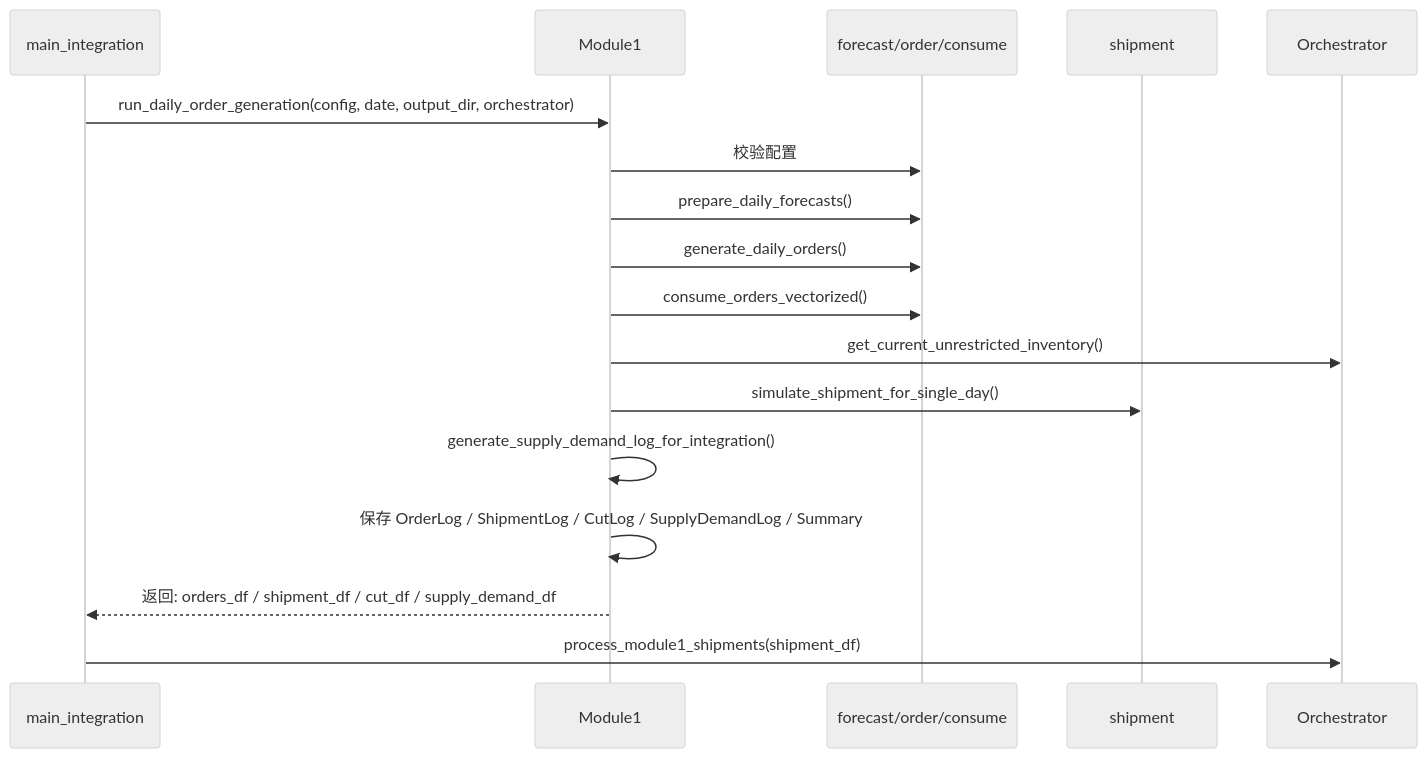
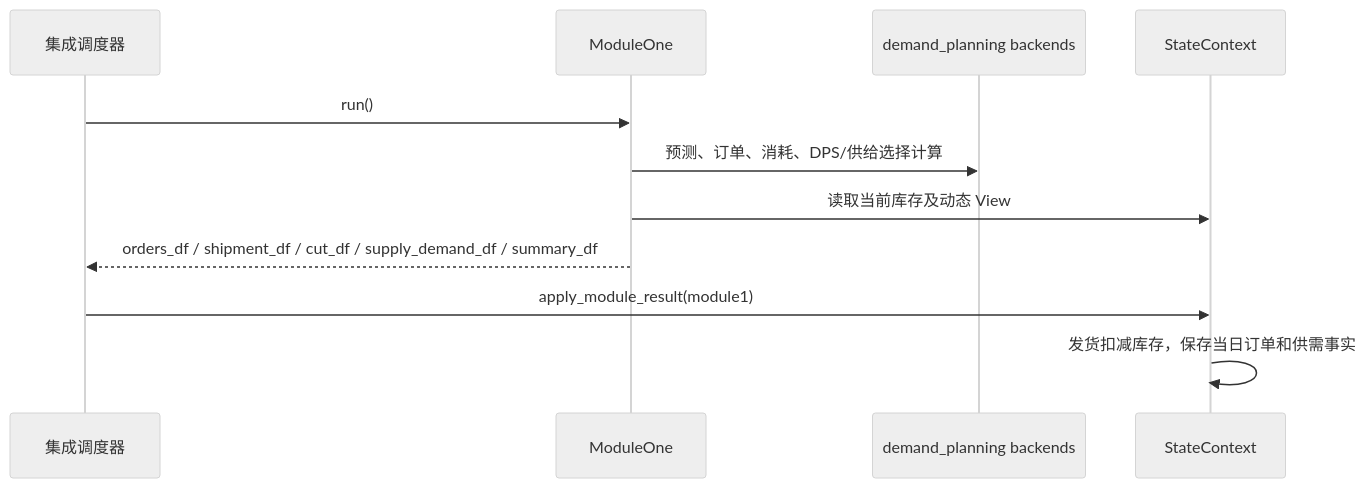
One commit to senzhang-ps/chainsight changed the fourth of 9 diagrams in docs/architecture/module_sequence_diagrams.md. Above: the diagram before and after it, drawn with Mermaid (neutral theme). The commit also changed other lines of this file and 14 other files, not shown here.

````diff
--- a/docs/architecture/module_sequence_diagrams.md
+++ b/docs/architecture/module_sequence_diagrams.md
@@ -134,20 +145,14 @@
 ```mermaid
 sequenceDiagram
-    participant MAIN as main_integration
-    participant M1 as Module1
-    participant FORE as forecast/order/consume
-    participant SHIP as shipment
-    participant ORC as Orchestrator
+    participant I as 集成调度器
+    participant M1 as ModuleOne
+    participant B as demand_planning backends
+    participant S as StateContext
 
-    MAIN->>M1: run_daily_order_generation(config, date, output_dir, orchestrator)
-    M1->>FORE: 校验配置
-    M1->>FORE: prepare_daily_forecasts()
-    M1->>FORE: generate_daily_orders()
-    M1->>FORE: consume_orders_vectorized()
-    M1->>ORC: get_current_unrestricted_inventory()
-    M1->>SHIP: simulate_shipment_for_single_day()
-    M1->>M1: generate_supply_demand_log_for_integration()
-    M1->>M1: 保存 OrderLog / ShipmentLog / CutLog / SupplyDemandLog / Summary
-    M1-->>MAIN: 返回: orders_df / shipment_df / cut_df / supply_demand_df
-    MAIN->>ORC: process_module1_shipments(shipment_df)
+    I->>M1: run()
+    M1->>B: 预测、订单、消耗、DPS/供给选择计算
+    M1->>S: 读取当前库存及动态 View
+    M1-->>I: orders_df / shipment_df / cut_df / supply_demand_df / summary_df
+    I->>S: apply_module_result(module1)
+    S->>S: 发货扣减库存，保存当日订单和供需事实
 ```
````
